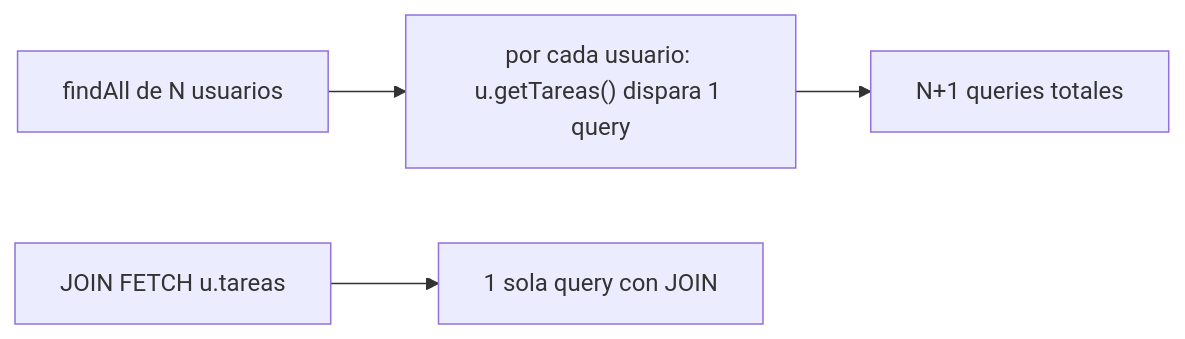
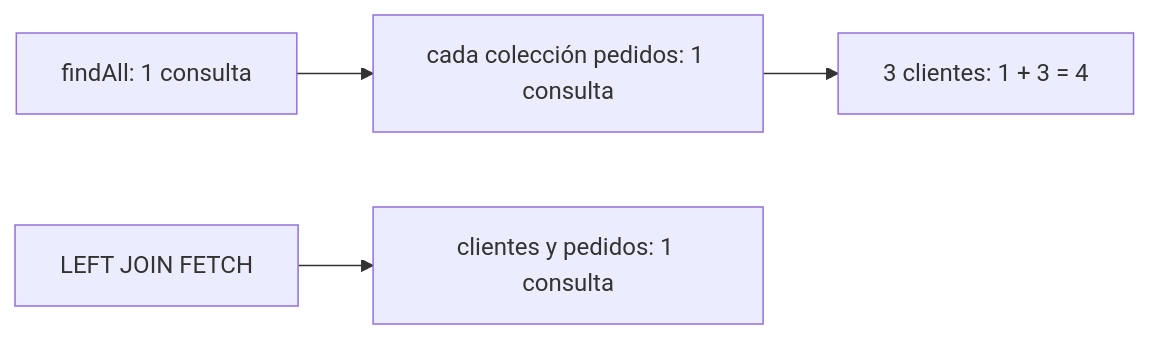
One commit to NICORUIZ93/The_Imperial_Book changed the second of 2 diagrams in web/public/content/spring-boot/modulo-3.md. Above: the diagram before and after it, drawn with Mermaid. The commit also changed other lines of this file and 14 other files, not shown here.

````diff
--- a/web/public/content/spring-boot/modulo-3.md
+++ b/web/public/content/spring-boot/modulo-3.md
@@ -202,6 +186,6 @@
 ```mermaid
 flowchart LR
-  A[findAll de N usuarios] --> B["por cada usuario: u.getTareas() dispara 1 query"]
-  B --> C["N+1 queries totales"]
-  D["JOIN FETCH u.tareas"] --> E["1 sola query con JOIN"]
+  A["findAll: 1 consulta"] --> B["cada colección pedidos: 1 consulta"]
+  B --> C["3 clientes: 1 + 3 = 4"]
+  D["LEFT JOIN FETCH"] --> E["clientes y pedidos: 1 consulta"]
 ```
````
